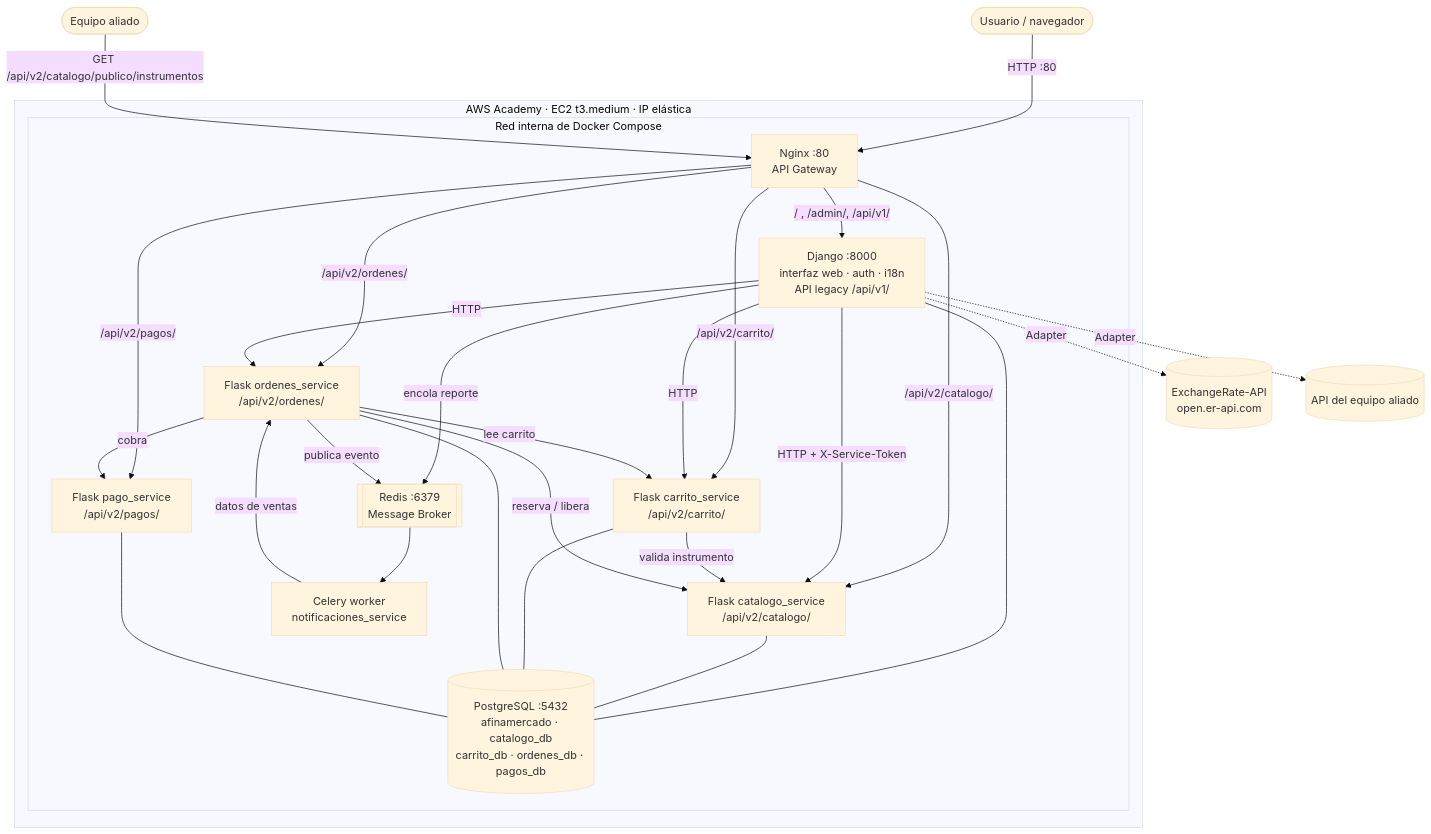
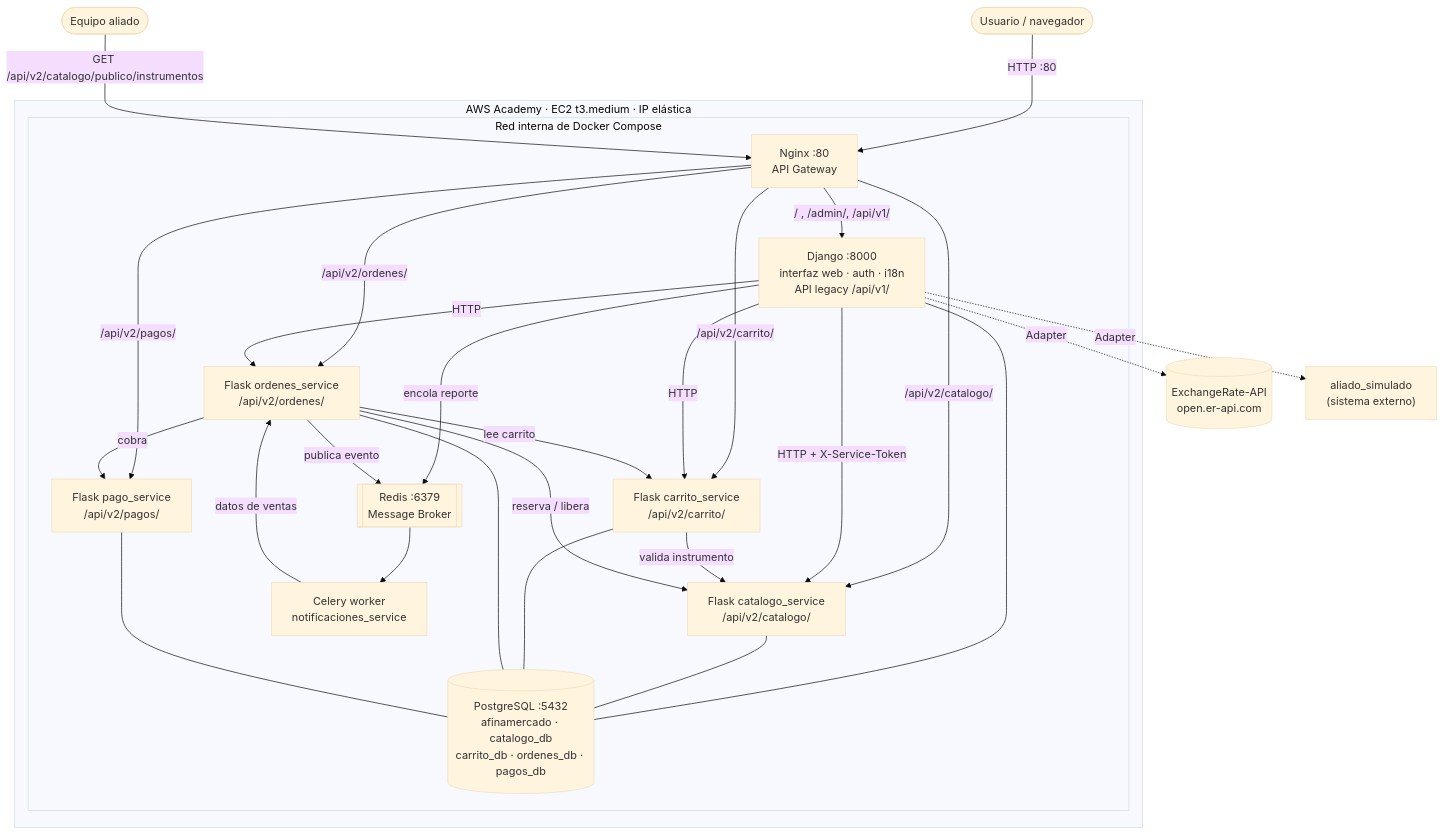
The first of 3 diagrams in docs/wiki/Entrega-2-Microservicios-Integracion-y-Resiliencia.md (Danimuneton/AfinaMercado), drawn with Mermaid (base theme) before and after one commit. The commit also changed other lines of this file and 2 other files, not shown here.

Commit message:
docs: documenta el servicio aliado simulado

````diff
--- a/docs/wiki/Entrega-2-Microservicios-Integracion-y-Resiliencia.md
+++ b/docs/wiki/Entrega-2-Microservicios-Integracion-y-Resiliencia.md
@@ -16,50 +16,50 @@
 ```mermaid
 flowchart TB
     U([Usuario / navegador])
     A([Equipo aliado])
     T[(ExchangeRate-API<br/>open.er-api.com)]
-    X[(API del equipo aliado)]
+    X["aliado_simulado<br/>(sistema externo)"]
 
     subgraph AWS["AWS Academy · EC2 t3.medium · IP elástica"]
         subgraph RED["Red interna de Docker Compose"]
             N["Nginx :80<br/>API Gateway"]
             D["Django :8000<br/>interfaz web · auth · i18n<br/>API legacy /api/v1/"]
             C["Flask catalogo_service<br/>/api/v2/catalogo/"]
             K["Flask carrito_service<br/>/api/v2/carrito/"]
             O["Flask ordenes_service<br/>/api/v2/ordenes/"]
             P["Flask pago_service<br/>/api/v2/pagos/"]
             R[["Redis :6379<br/>Message Broker"]]
             W["Celery worker<br/>notificaciones_service"]
             DB[("PostgreSQL :5432<br/>afinamercado · catalogo_db<br/>carrito_db · ordenes_db · pagos_db")]
         end
     end
 
     U -->|HTTP :80| N
     A -->|GET /api/v2/catalogo/publico/instrumentos| N
     N -->|"/ , /admin/, /api/v1/"| D
     N -->|/api/v2/catalogo/| C
     N -->|/api/v2/carrito/| K
     N -->|/api/v2/ordenes/| O
     N -->|/api/v2/pagos/| P
 
     D -->|HTTP + X-Service-Token| C
     D -->|HTTP| K
     D -->|HTTP| O
     D -->|encola reporte| R
     D -.->|Adapter| T
     D -.->|Adapter| X
 
     K -->|valida instrumento| C
     O -->|lee carrito| K
     O -->|reserva / libera| C
     O -->|cobra| P
     O -->|publica evento| R
     R --> W
     W -->|datos de ventas| O
 
     D --- DB
     C --- DB
     K --- DB
     O --- DB
     P --- DB
 ```
````
